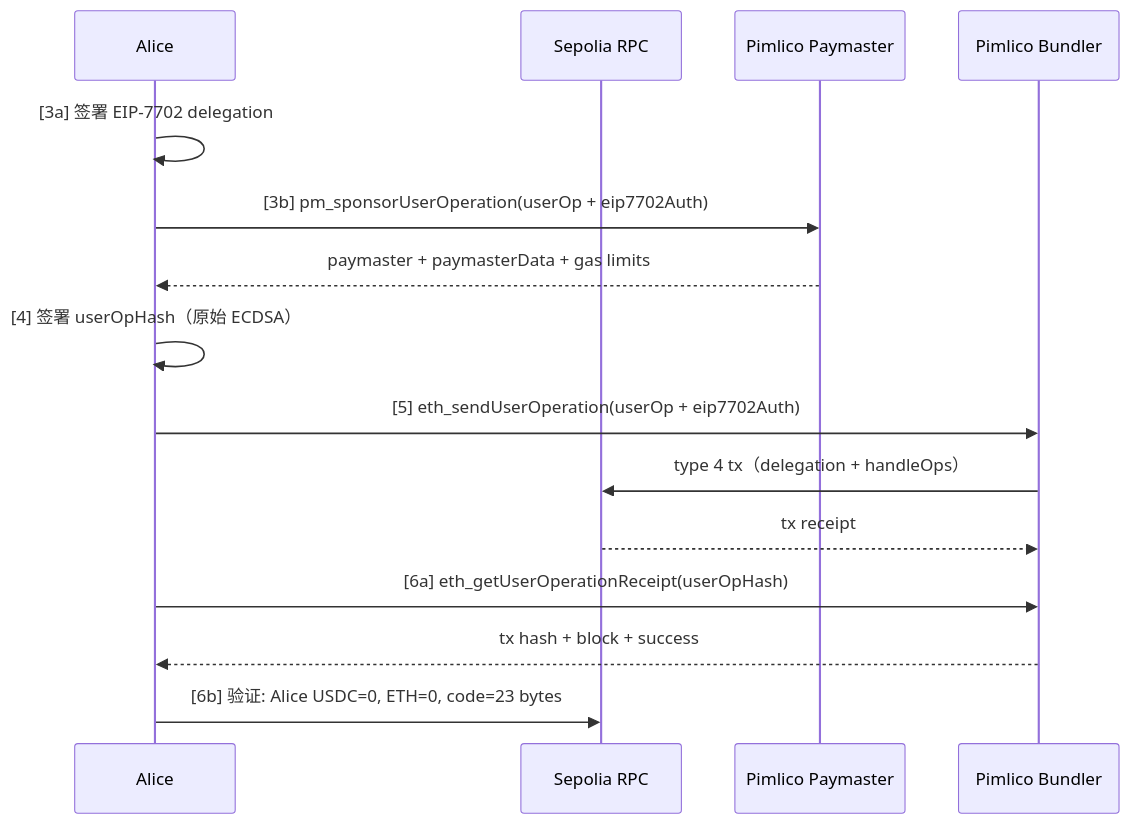
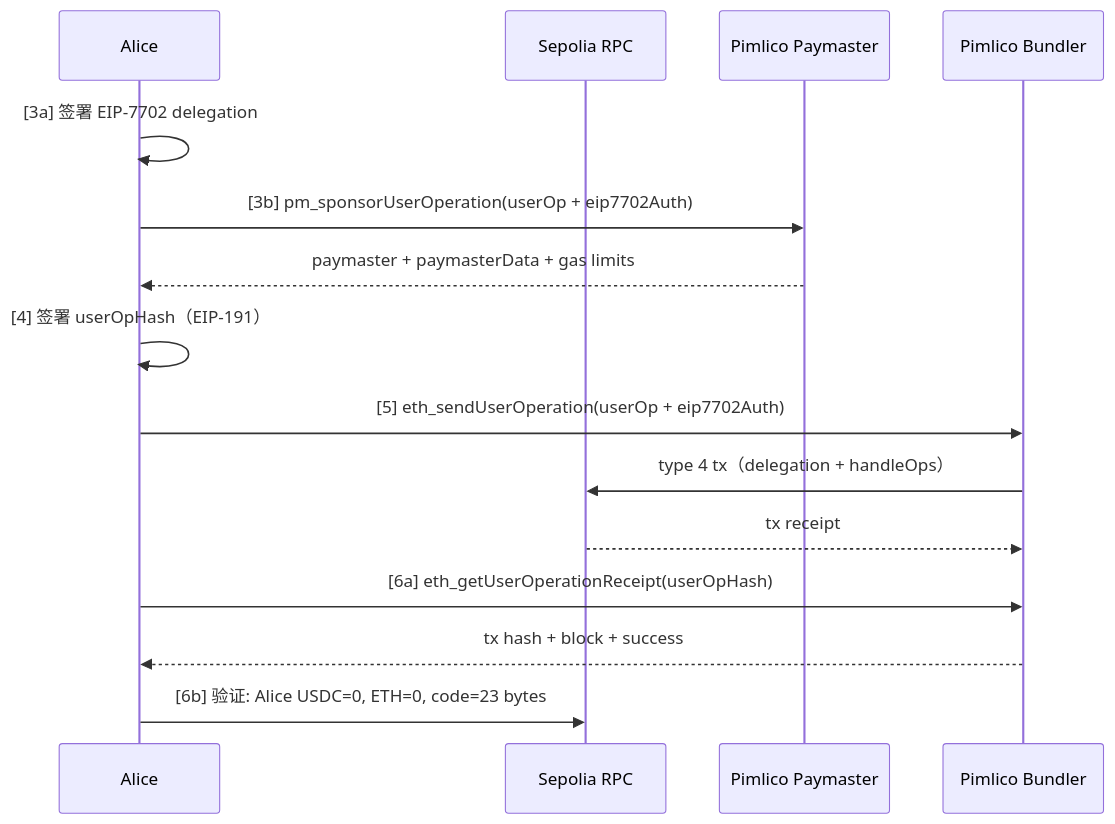
Before and after one commit to CoboTest/eip7702-minimal-account: the diagram in script/python/README_zh.md, drawn with Mermaid. The commit also changed other lines of this file and 8 other files, not shown here.

First line of the commit message:
docs: fix signature descriptions — Raw ECDSA → EIP-191 across all docs

````diff
--- a/script/python/README_zh.md
+++ b/script/python/README_zh.md
@@ -158,21 +158,21 @@
 ```mermaid
 sequenceDiagram
     participant A as Alice
     participant RPC as Sepolia RPC
     participant PM as Pimlico Paymaster
     participant B as Pimlico Bundler
 
     A->>A: [3a] 签署 EIP-7702 delegation
     A->>PM: [3b] pm_sponsorUserOperation(userOp + eip7702Auth)
     PM-->>A: paymaster + paymasterData + gas limits
 
-    A->>A: [4] 签署 userOpHash（原始 ECDSA）
+    A->>A: [4] 签署 userOpHash（EIP-191）
 
     A->>B: [5] eth_sendUserOperation(userOp + eip7702Auth)
     B->>RPC: type 4 tx（delegation + handleOps）
     RPC-->>B: tx receipt
 
     A->>B: [6a] eth_getUserOperationReceipt(userOpHash)
     B-->>A: tx hash + block + success
     A->>RPC: [6b] 验证: Alice USDC=0, ETH=0, code=23 bytes
 ```
````
